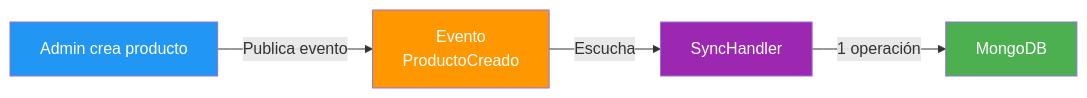
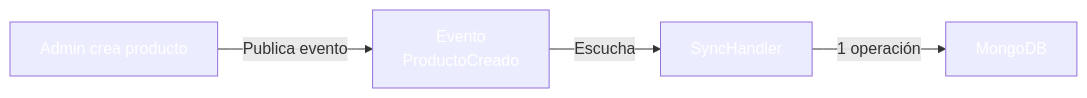
Before and after one commit to joseluisgs/DesarrolloWebEntornosServidor-02-2026-2027: diagram 16 of 24 in 30-cqrs-mediator.md, drawn with Mermaid. The commit also changed other lines of this file and 41 other files, not shown here.

````diff
--- a/30-cqrs-mediator.md
+++ b/30-cqrs-mediator.md
@@ -1005,11 +1005,11 @@
 ```mermaid
 flowchart LR
     A["Admin crea producto"] -->|"Publica evento"| B["Evento\nProductoCreado"]
     B -->|"Escucha"| C["SyncHandler"]
     C -->|"1 operación"| D["MongoDB"]
 
-    style A fill:#2196F3,color:#fff
-    style B fill:#FF9800,color:#fff
-    style C fill:#9C27B0,color:#fff
-    style D fill:#4CAF50,color:#fff
+    style A fill:#2196F,color:#fff3,color:#fff
+    style B fill:#FF980,color:#fff0,color:#fff
+    style C fill:#9C27B,color:#fff0,color:#fff
+    style D fill:#4CAF5,color:#fff0,color:#fff
 ```
````
